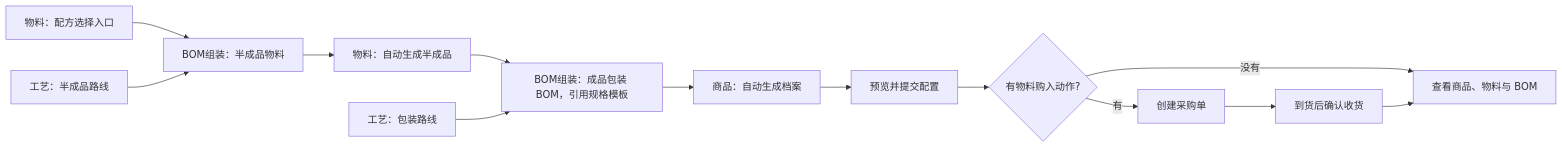
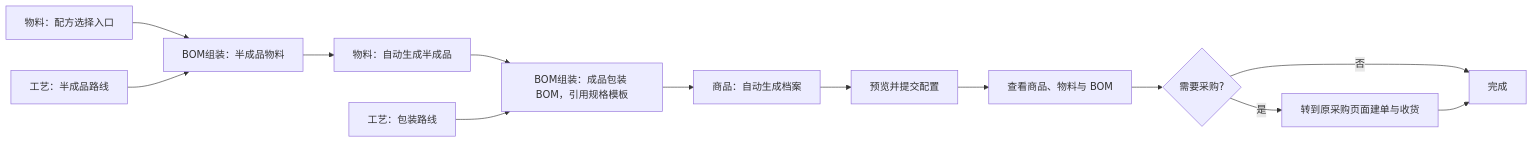
One commit to Backstage2539/KFerp changed the diagram in orderapp-remote/docs/OP_MANUAL_PRODUCT_CREATOR.md. Above: the diagram before and after it, drawn with Mermaid. The commit also changed other lines of this file and 27 other files, not shown here.

````diff
--- a/orderapp-remote/docs/OP_MANUAL_PRODUCT_CREATOR.md
+++ b/orderapp-remote/docs/OP_MANUAL_PRODUCT_CREATOR.md
@@ -18,15 +18,15 @@
 ```mermaid
 flowchart LR
   A[物料：配方选择入口] --> B[BOM组装：半成品物料]
   P[工艺：半成品路线] --> B
   B --> C[物料：自动生成半成品]
   C --> D[BOM组装：成品包装 BOM，引用规格模板]
   Q[工艺：包装路线] --> D
   D --> F[商品：自动生成档案]
   F --> G[预览并提交配置]
-  G --> H{有物料购入动作?}
-  H -->|有| I[创建采购单]
-  I --> J[到货后确认收货]
-  H -->|没有| K[查看商品、物料与 BOM]
+  G --> H[查看商品、物料与 BOM]
+  H --> I{需要采购?}
+  I -->|是| J[转到原采购页面建单与收货]
+  I -->|否| K[完成]
   J --> K
 ```
````
